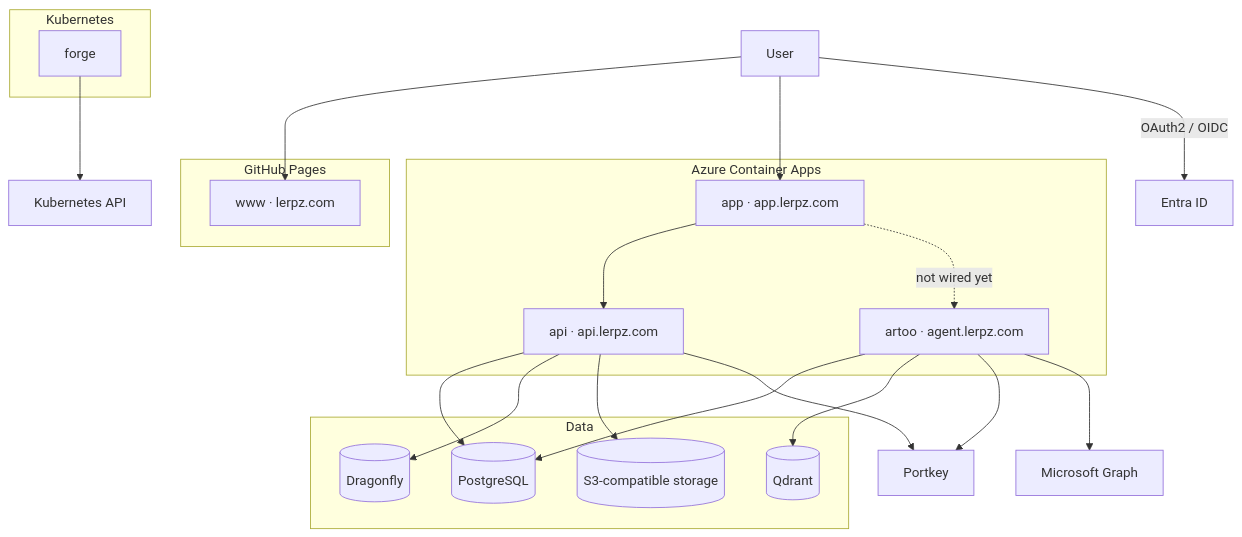
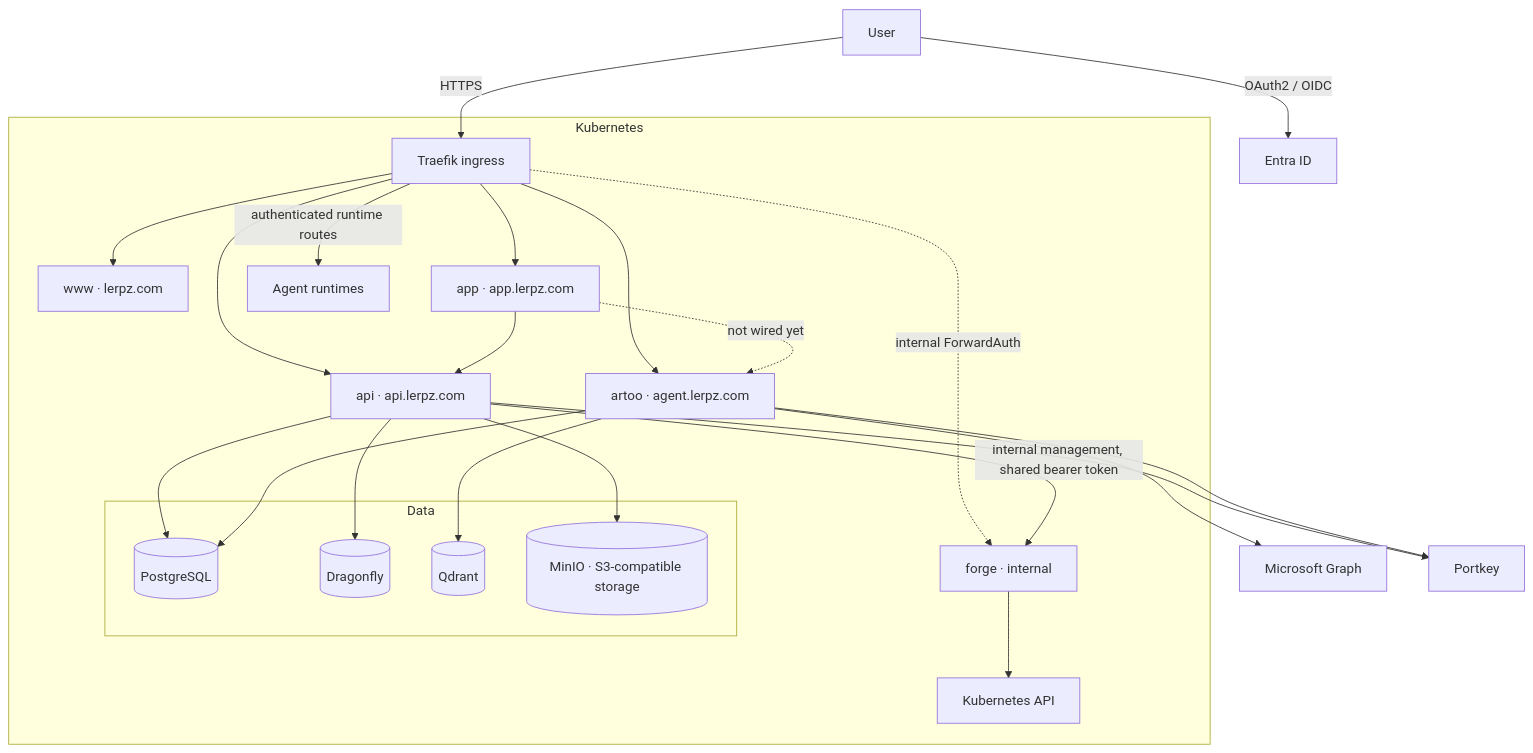
One commit to Kanerix/lerpz-com changed the first of 2 diagrams in docs/INFRA.md. Above: the diagram before and after it, drawn with Mermaid. The commit also changed other lines of this file, not shown here.

Commit message:
docs: align infrastructure with Kubernetes deployment

````diff
--- a/docs/INFRA.md
+++ b/docs/INFRA.md
@@ -29,44 +45,47 @@
 ```mermaid
 graph TD
     User
 
-    subgraph pages[GitHub Pages]
+    subgraph k8s[Kubernetes]
+        Traefik[Traefik ingress]
         www[www · lerpz.com]
-    end
-
-    subgraph aca[Azure Container Apps]
         app[app · app.lerpz.com]
         api[api · api.lerpz.com]
         artoo[artoo · agent.lerpz.com]
-    end
+        forge[forge · internal]
+        Runtime[Agent runtimes]
+        KubeAPI[Kubernetes API]
 
-    subgraph data[Data]
-        Postgres[(PostgreSQL)]
-        Dragonfly[(Dragonfly)]
-        Qdrant[(Qdrant)]
-        Storage[(S3-compatible storage)]
-    end
-
-    subgraph k8s[Kubernetes]
-        forge[forge]
+        subgraph data[Data]
+            Postgres[(PostgreSQL)]
+            Dragonfly[(Dragonfly)]
+            Qdrant[(Qdrant)]
+            Storage[(MinIO · S3-compatible storage)]
+        end
     end
 
     EntraID[Entra ID]
     Graph[Microsoft Graph]
     Portkey[Portkey]
 
-    User --> www
-    User --> app
+    User -->|HTTPS| Traefik
+    Traefik --> www
+    Traefik --> app
+    Traefik --> api
+    Traefik --> artoo
+    Traefik -->|authenticated runtime routes| Runtime
+    Traefik -.->|internal ForwardAuth| forge
     User -->|OAuth2 / OIDC| EntraID
     app --> api
     app -.->|not wired yet| artoo
+    api -->|internal management, shared bearer token| forge
     api --> Postgres
     api --> Dragonfly
     api --> Storage
     api --> Portkey
     artoo --> Postgres
     artoo --> Qdrant
     artoo --> Portkey
     artoo --> Graph
-    forge --> KubeAPI[Kubernetes API]
+    forge --> KubeAPI
 ```
````
